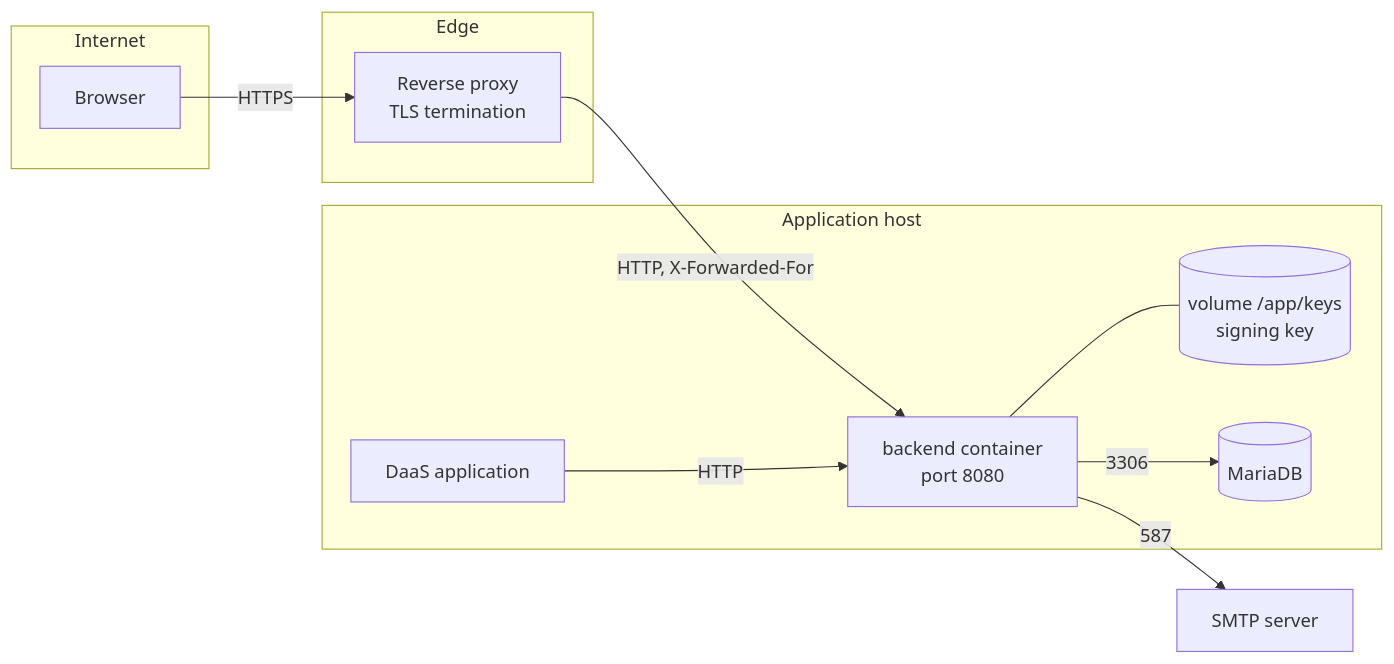
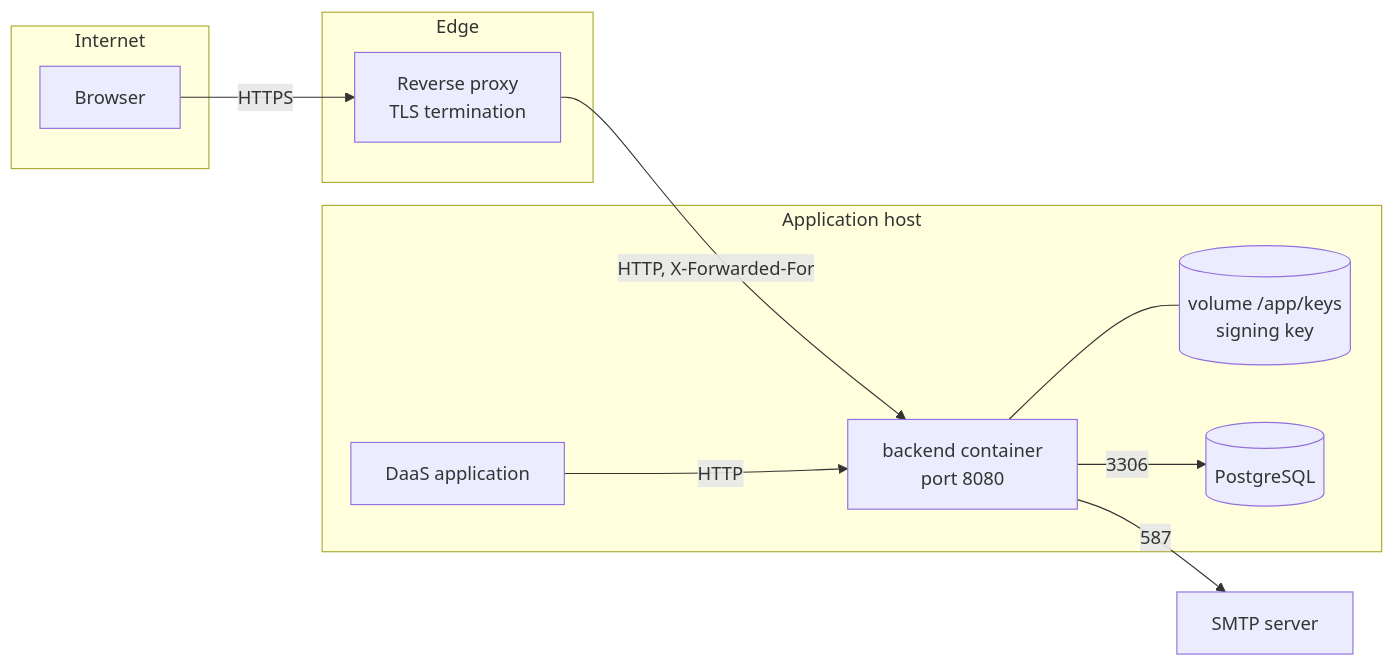
One commit to design-daas-fra-uas/design-daas-backend-java changed the diagram in docs/images/src/arc42-7-1-general-deployment.mmd. Above: the diagram before and after it, drawn with Mermaid. The commit also changed 20 other files, not shown here.

Commit message:
change mariaDb to PostgreSQL

```diff
--- a/docs/images/src/arc42-7-1-general-deployment.mmd
+++ b/docs/images/src/arc42-7-1-general-deployment.mmd
@@ -1,19 +1,19 @@
 flowchart LR
     subgraph internet [Internet]
         browser[Browser]
     end
     subgraph edge [Edge]
         proxy[Reverse proxy<br/>TLS termination]
     end
     subgraph host [Application host]
         backend[backend container<br/>port 8080]
         keys[(volume /app/keys<br/>signing key)]
-        db[(MariaDB)]
+        db[(PostgreSQL)]
         daas[DaaS application]
     end
     smtp[SMTP server]
     browser -->|HTTPS| proxy -->|HTTP, X-Forwarded-For| backend
     daas -->|HTTP| backend
     backend --- keys
     backend -->|3306| db
     backend -->|587| smtp
```
